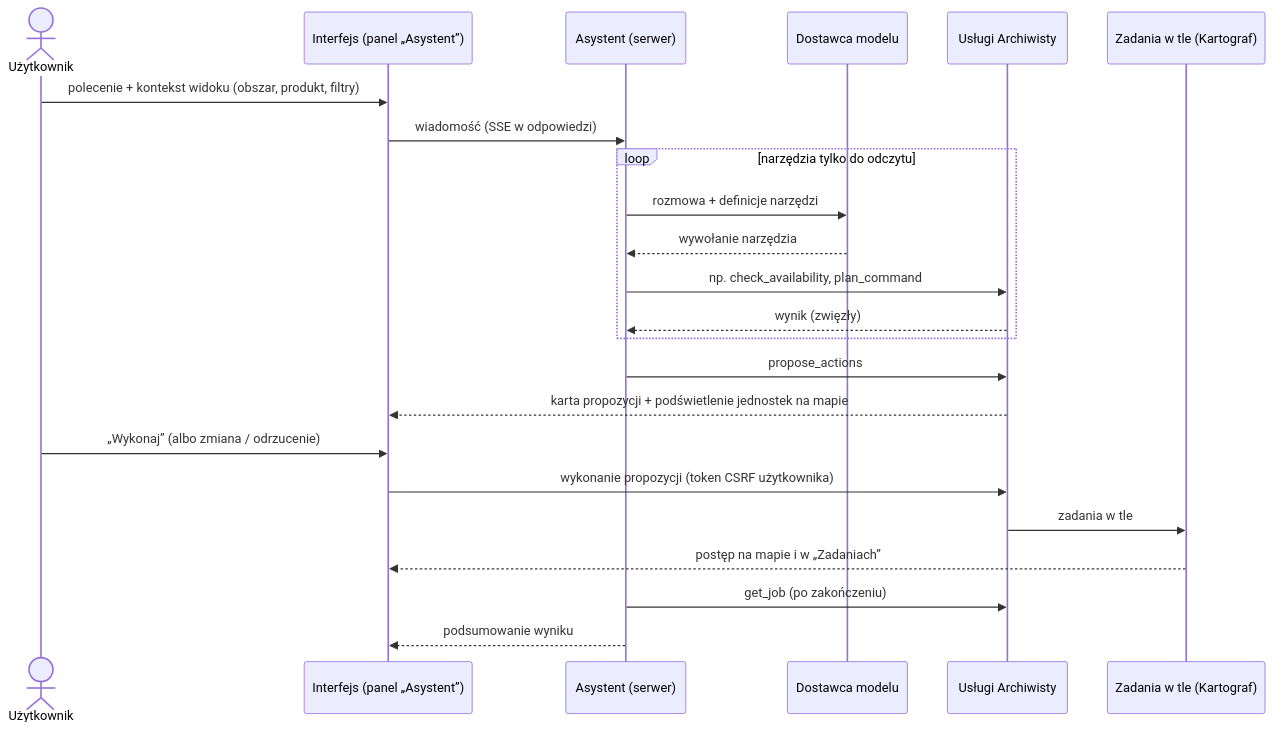
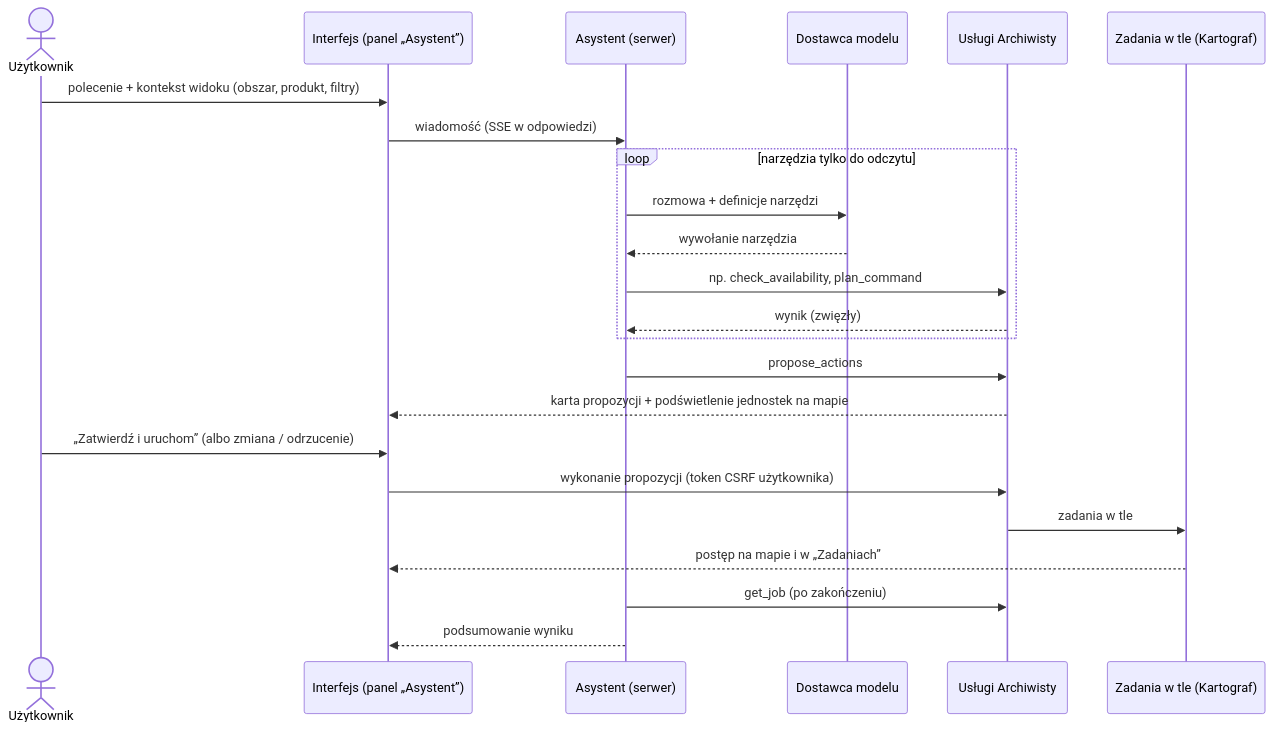
One commit to Daldek/Archiwista changed the second of 2 diagrams in docs/SPEC.md. Above: the diagram before and after it, drawn with Mermaid. The commit also changed other lines of this file and 1 other file, not shown here.

````diff
--- a/docs/SPEC.md
+++ b/docs/SPEC.md
@@ -1030,25 +1031,25 @@
 ```mermaid
 sequenceDiagram
   actor U as Użytkownik
   participant UI as Interfejs (panel „Asystent”)
   participant AS as Asystent (serwer)
   participant M as Dostawca modelu
   participant API as Usługi Archiwisty
   participant J as Zadania w tle (Kartograf)
   U->>UI: polecenie + kontekst widoku (obszar, produkt, filtry)
   UI->>AS: wiadomość (SSE w odpowiedzi)
   loop narzędzia tylko do odczytu
     AS->>M: rozmowa + definicje narzędzi
     M-->>AS: wywołanie narzędzia
     AS->>API: np. check_availability, plan_command
     API-->>AS: wynik (zwięzły)
   end
   AS->>API: propose_actions
   API-->>UI: karta propozycji + podświetlenie jednostek na mapie
-  U->>UI: „Wykonaj” (albo zmiana / odrzucenie)
+  U->>UI: „Zatwierdź i uruchom” (albo zmiana / odrzucenie)
   UI->>API: wykonanie propozycji (token CSRF użytkownika)
   API->>J: zadania w tle
   J-->>UI: postęp na mapie i w „Zadaniach”
   AS->>API: get_job (po zakończeniu)
   AS-->>UI: podsumowanie wyniku
 ```
````
